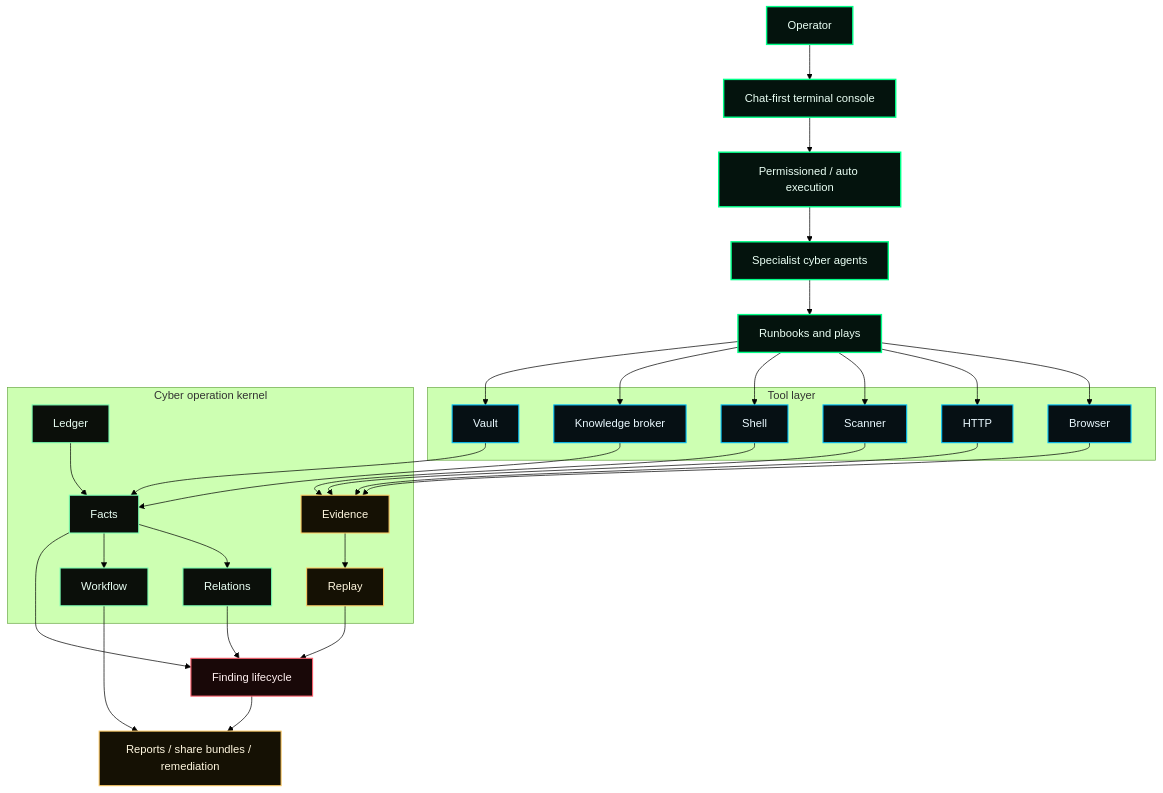
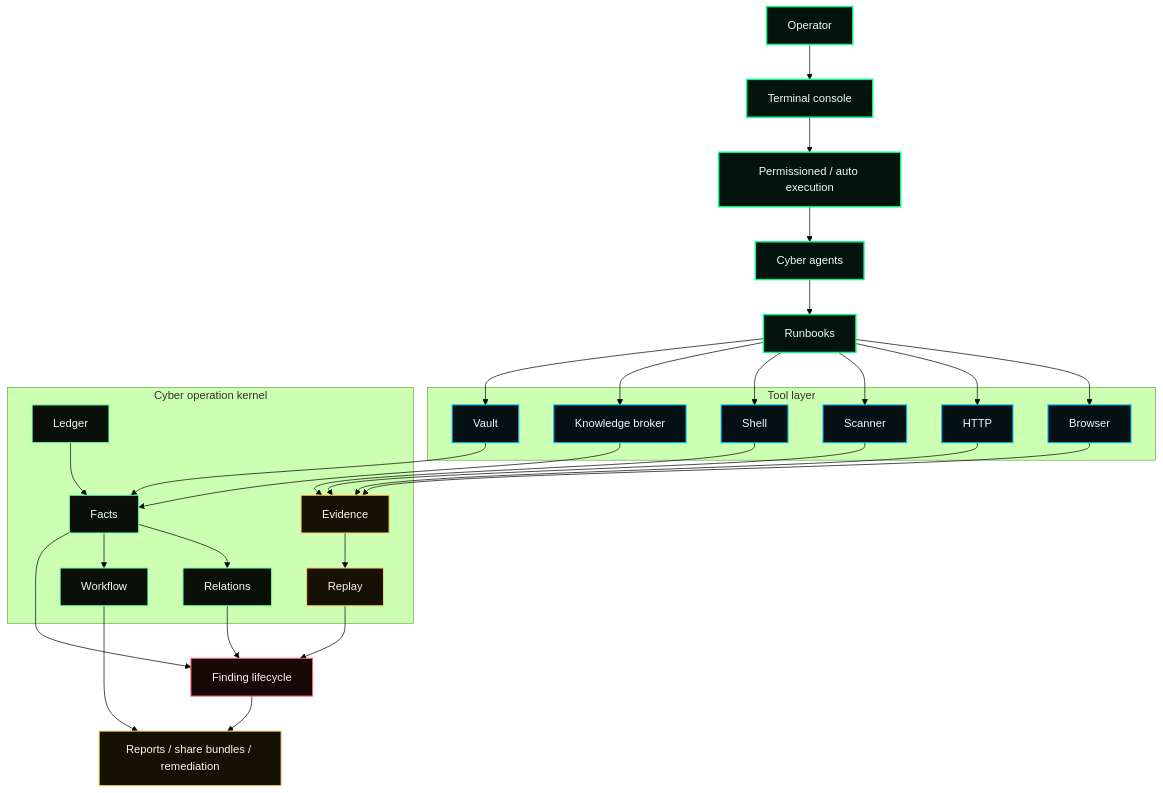
Before and after one commit to FrancescoStabile/numasec: the second of 3 diagrams in README.md, drawn with Mermaid (forest theme). The commit also changed other lines of this file and 4 other files, not shown here.

````diff
--- a/README.md
+++ b/README.md
@@ -279,62 +284,62 @@
 ```mermaid
 flowchart TB
-  operator["Operator"] --> console["Chat-first terminal console"]
+  operator["Operator"] --> console["Terminal console"]
   console --> control["Permissioned / auto execution"]
-  control --> agents["Specialist cyber agents"]
-  agents --> runbooks["Runbooks and plays"]
+  control --> agents["Cyber agents"]
+  agents --> runbooks["Runbooks"]
 
   subgraph tool_layer["Tool layer"]
     browser["Browser"]
     http["HTTP"]
     scanner["Scanner"]
     shell["Shell"]
     knowledge["Knowledge broker"]
     vault["Vault"]
   end
 
   runbooks --> browser
   runbooks --> http
   runbooks --> scanner
   runbooks --> shell
   runbooks --> knowledge
   runbooks --> vault
 
   subgraph kernel["Cyber operation kernel"]
     ledger["Ledger"]
     facts["Facts"]
     relations["Relations"]
     evidence["Evidence"]
     replay["Replay"]
     workflow["Workflow"]
   end
 
   browser --> evidence
   http --> evidence
   scanner --> evidence
   shell --> evidence
   knowledge --> facts
   vault --> facts
 
   ledger --> facts
   facts --> relations
   evidence --> replay
   facts --> workflow
 
   facts --> lifecycle["Finding lifecycle"]
   relations --> lifecycle
   replay --> lifecycle
   workflow --> deliverables["Reports / share bundles / remediation"]
   lifecycle --> deliverables
 
   classDef top fill:#04130d,stroke:#00ff88,color:#eafff4,stroke-width:2px;
   classDef tool fill:#061014,stroke:#00c2ff,color:#eaf9ff,stroke-width:1.5px;
   classDef state fill:#0b0f0a,stroke:#7affb2,color:#eafff4,stroke-width:1.5px;
   classDef proofNode fill:#151104,stroke:#ffcc66,color:#fff7df,stroke-width:1.5px;
   classDef findingNode fill:#190808,stroke:#ff5f6d,color:#fff0f0,stroke-width:1.5px;
 
   class operator,console,control,agents,runbooks top;
   class browser,http,scanner,shell,knowledge,vault tool;
   class ledger,facts,relations,workflow state;
   class evidence,replay,deliverables proofNode;
   class lifecycle findingNode;
 ```
````
